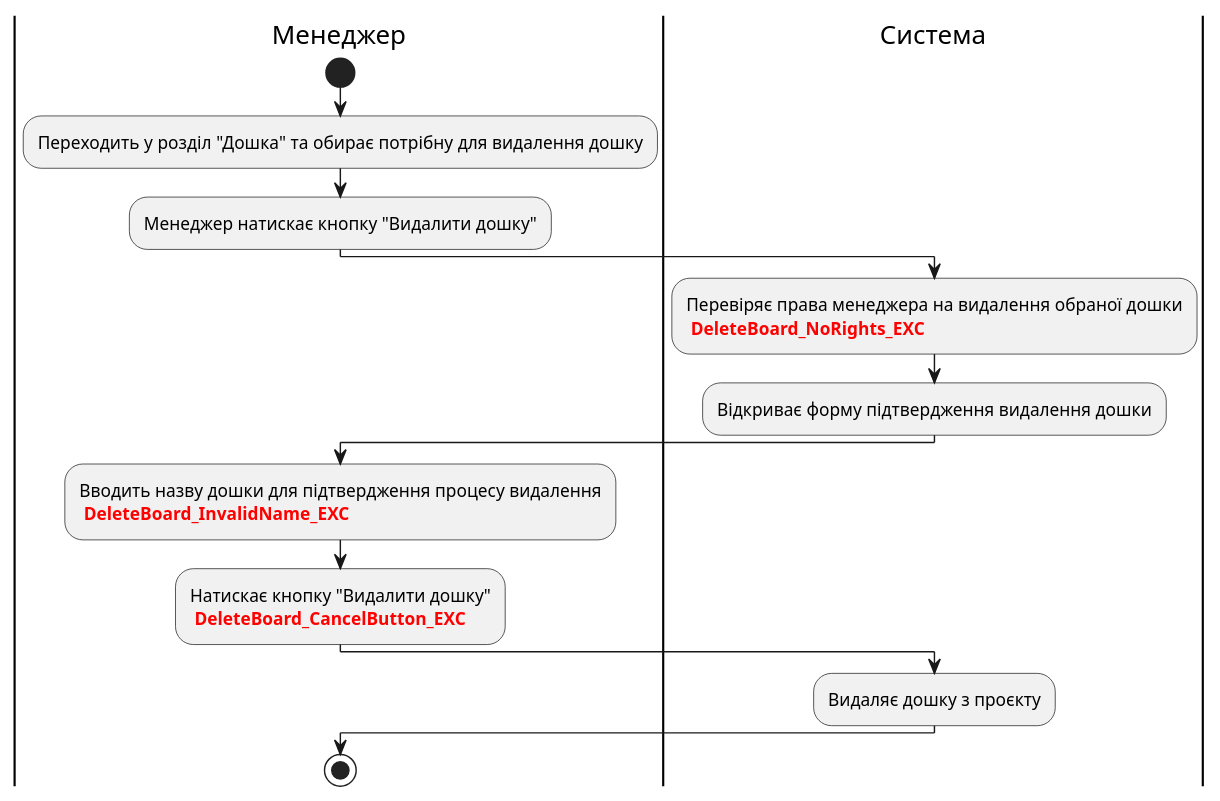
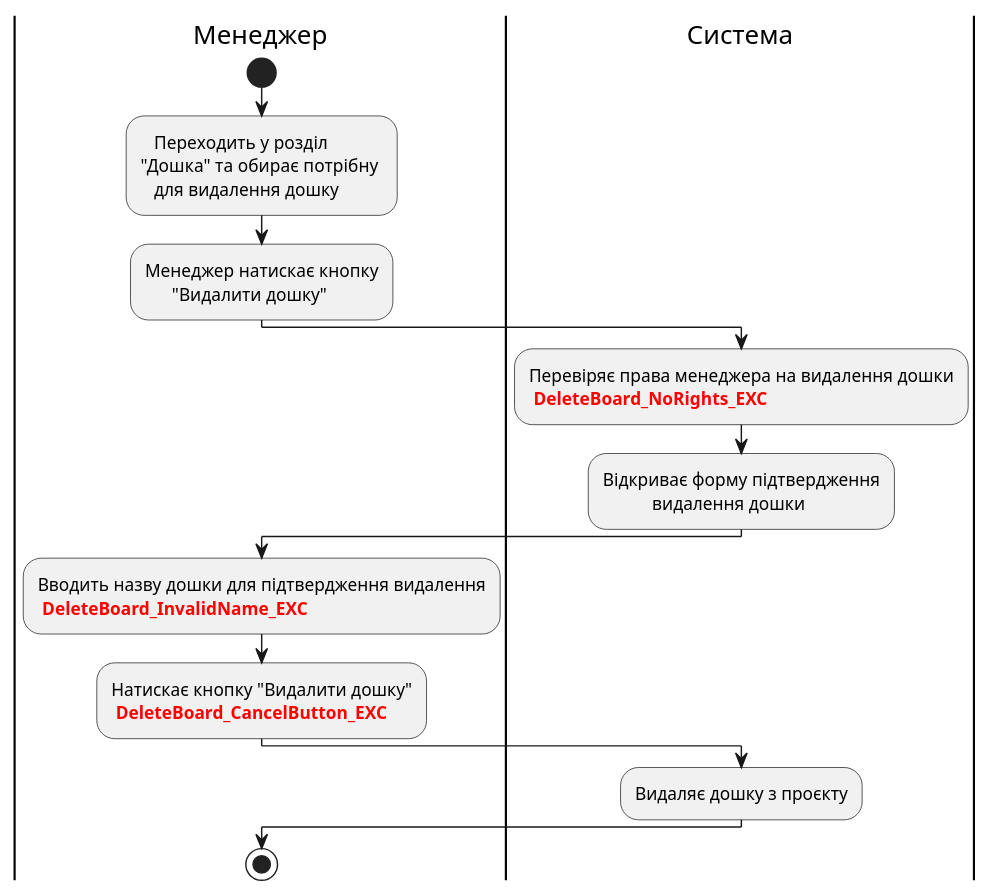
Diagram 15 of 16 in docs/use cases/README.md (boldak/edu-db-cw), drawn with PlantUML before and after one commit. The commit also changed other lines of this file, not shown here.

```diff
--- a/docs/use cases/README.md
+++ b/docs/use cases/README.md
@@ -1066,25 +1066,25 @@
 @startuml
 
 |Менеджер|
 start;
-:Переходить у розділ "Дошка" та обирає потрібну для видалення дошку;
-:Менеджер натискає кнопку "Видалити дошку";
+:   Переходить у розділ \n"Дошка" та обирає потрібну \n   для видалення дошку;
+:Менеджер натискає кнопку\n      "Видалити дошку";
 
 |Система|
-:Перевіряє права менеджера на видалення обраної дошки
+:Перевіряє права менеджера на видалення дошки
 <font color="red"><b> DeleteBoard_NoRights_EXC;
-:Відкриває форму підтвердження видалення дошки;
+:Відкриває форму підтвердження\n           видалення дошки;
 
 |Менеджер|
-:Вводить назву дошки для підтвердження процесу видалення
+:Вводить назву дошки для підтвердження видалення
 <font color="red"><b> DeleteBoard_InvalidName_EXC;
 :Натискає кнопку "Видалити дошку"
 <font color="red"><b> DeleteBoard_CancelButton_EXC;
 
 |Система|
 :Видаляє дошку з проєкту;
 
 |Менеджер|
 stop;
 
 @enduml
```
